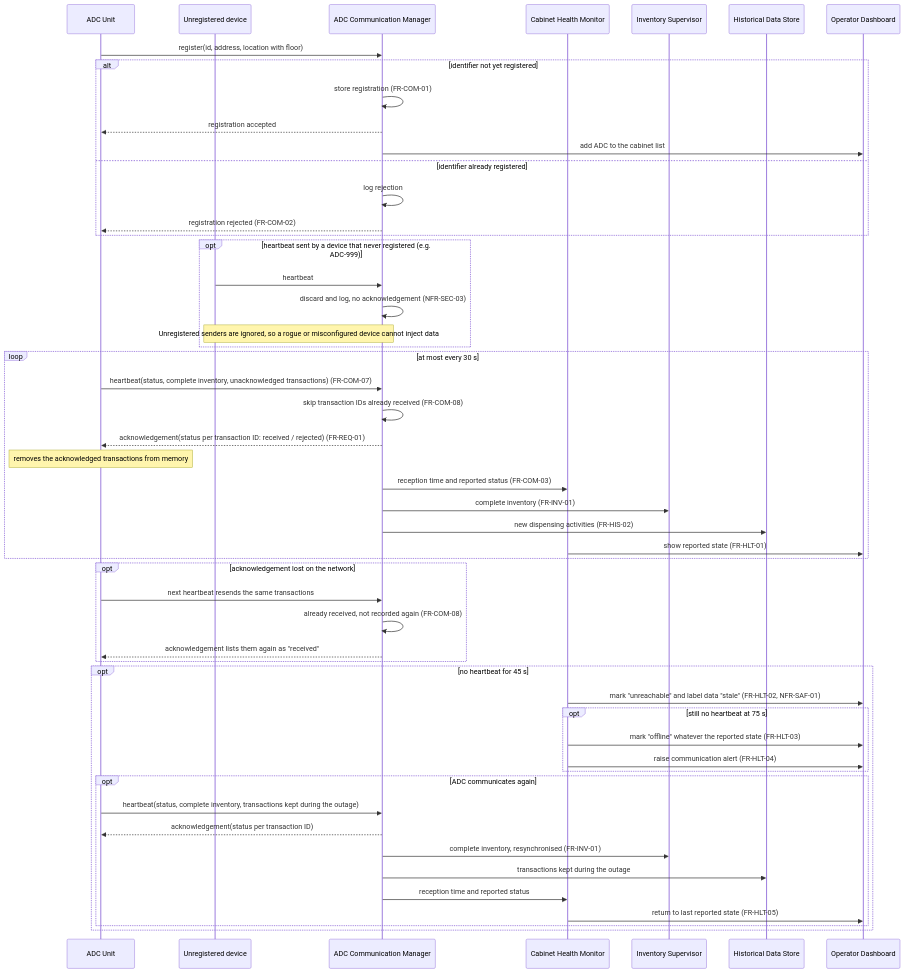
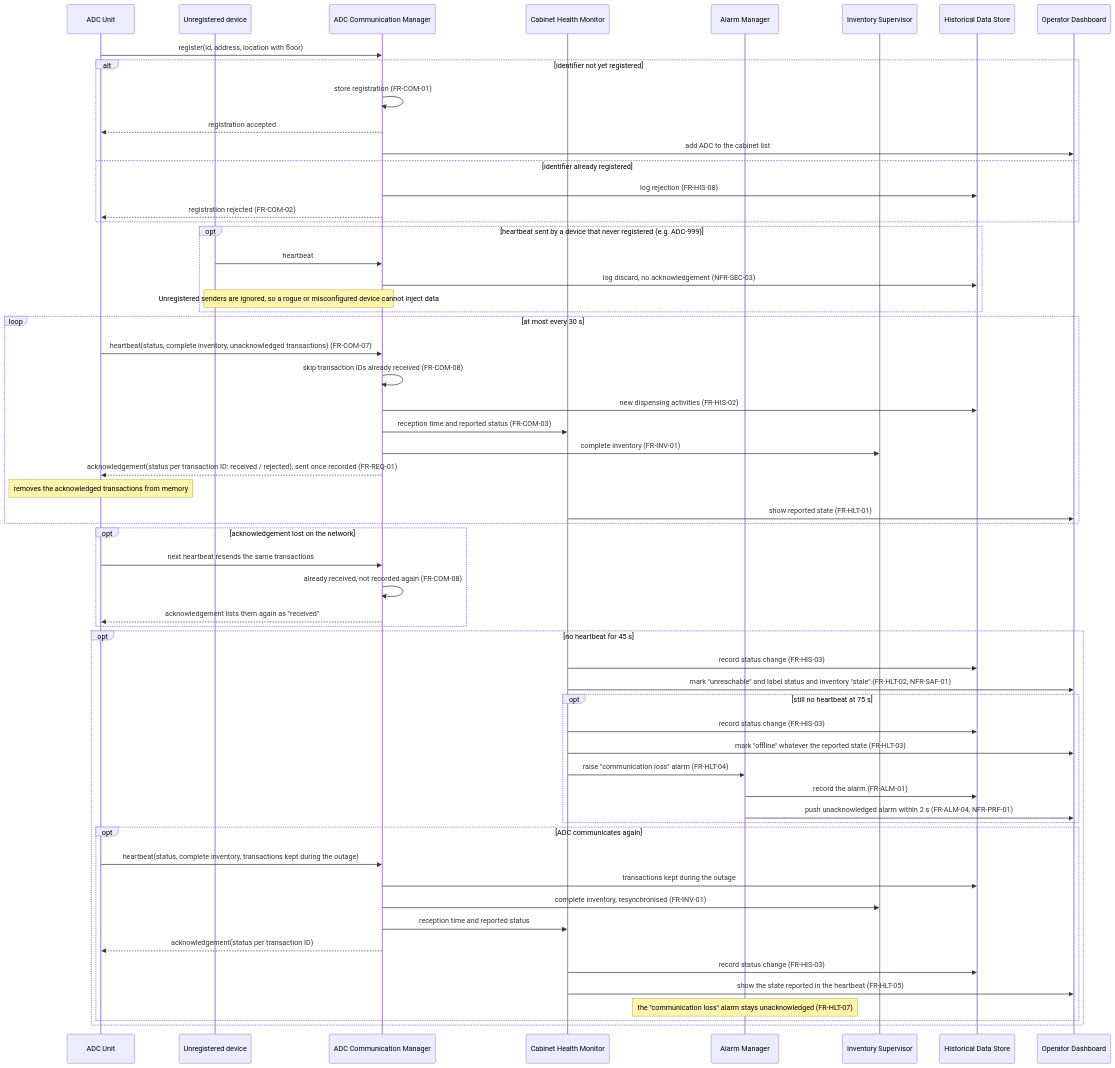
One commit to LukaMrt/3K04-project changed the first of 3 diagrams in docs/part-b/diagrams/sequence-diagram.md. Above: the diagram before and after it, drawn with Mermaid. The commit also changed other lines of this file and 10 other files, not shown here.

````diff
--- a/docs/part-b/diagrams/sequence-diagram.md
+++ b/docs/part-b/diagrams/sequence-diagram.md
@@ -5,59 +5,66 @@
 ```mermaid
 sequenceDiagram
     participant ADC as ADC Unit
     participant Unknown as Unregistered device
     participant CommMgr as ADC Communication Manager
     participant HealthMon as Cabinet Health Monitor
+    participant AlarmMgr as Alarm Manager
     participant InvSup as Inventory Supervisor
     participant HistStore as Historical Data Store
     participant Dashboard as Operator Dashboard
 
     ADC->>CommMgr: register(id, address, location with floor)
     alt identifier not yet registered
         CommMgr->>CommMgr: store registration (FR-COM-01)
         CommMgr-->>ADC: registration accepted
         CommMgr->>Dashboard: add ADC to the cabinet list
     else identifier already registered
-        CommMgr->>CommMgr: log rejection
+        CommMgr->>HistStore: log rejection (FR-HIS-08)
         CommMgr-->>ADC: registration rejected (FR-COM-02)
     end
 
     opt heartbeat sent by a device that never registered (e.g. ADC-999)
         Unknown->>CommMgr: heartbeat
-        CommMgr->>CommMgr: discard and log, no acknowledgement (NFR-SEC-03)
+        CommMgr->>HistStore: log discard, no acknowledgement (NFR-SEC-03)
         Note over Unknown,CommMgr: Unregistered senders are ignored, so a rogue or misconfigured device cannot inject data
     end
 
     loop at most every 30 s
         ADC->>CommMgr: heartbeat(status, complete inventory, unacknowledged transactions) (FR-COM-07)
         CommMgr->>CommMgr: skip transaction IDs already received (FR-COM-08)
-        CommMgr-->>ADC: acknowledgement(status per transaction ID: received / rejected) (FR-REQ-01)
-        Note over ADC: removes the acknowledged transactions from memory
+        CommMgr->>HistStore: new dispensing activities (FR-HIS-02)
         CommMgr->>HealthMon: reception time and reported status (FR-COM-03)
         CommMgr->>InvSup: complete inventory (FR-INV-01)
-        CommMgr->>HistStore: new dispensing activities (FR-HIS-02)
+        CommMgr-->>ADC: acknowledgement(status per transaction ID: received / rejected), sent once recorded (FR-REQ-01)
+        Note over ADC: removes the acknowledged transactions from memory
         HealthMon->>Dashboard: show reported state (FR-HLT-01)
     end
 
     opt acknowledgement lost on the network
         ADC->>CommMgr: next heartbeat resends the same transactions
         CommMgr->>CommMgr: already received, not recorded again (FR-COM-08)
         CommMgr-->>ADC: acknowledgement lists them again as "received"
     end
 
     opt no heartbeat for 45 s
-        HealthMon->>Dashboard: mark "unreachable" and label data "stale" (FR-HLT-02, NFR-SAF-01)
+        HealthMon->>HistStore: record status change (FR-HIS-03)
+        HealthMon->>Dashboard: mark "unreachable" and label status and inventory "stale" (FR-HLT-02, NFR-SAF-01)
         opt still no heartbeat at 75 s
+            HealthMon->>HistStore: record status change (FR-HIS-03)
             HealthMon->>Dashboard: mark "offline" whatever the reported state (FR-HLT-03)
-            HealthMon->>Dashboard: raise communication alert (FR-HLT-04)
+            HealthMon->>AlarmMgr: raise "communication loss" alarm (FR-HLT-04)
+            AlarmMgr->>HistStore: record the alarm (FR-ALM-01)
+            AlarmMgr->>Dashboard: push unacknowledged alarm within 2 s (FR-ALM-04, NFR-PRF-01)
         end
         opt ADC communicates again
             ADC->>CommMgr: heartbeat(status, complete inventory, transactions kept during the outage)
+            CommMgr->>HistStore: transactions kept during the outage
+            CommMgr->>InvSup: complete inventory, resynchronised (FR-INV-01)
+            CommMgr->>HealthMon: reception time and reported status
             CommMgr-->>ADC: acknowledgement(status per transaction ID)
-            CommMgr->>InvSup: complete inventory, resynchronised (FR-INV-01)
-            CommMgr->>HistStore: transactions kept during the outage
-            CommMgr->>HealthMon: reception time and reported status
-            HealthMon->>Dashboard: return to last reported state (FR-HLT-05)
+            HealthMon->>HistStore: record status change (FR-HIS-03)
+            HealthMon->>Dashboard: show the state reported in the heartbeat (FR-HLT-05)
+            Note over AlarmMgr: the "communication loss" alarm stays unacknowledged (FR-HLT-07)
         end
     end
 ```
````
